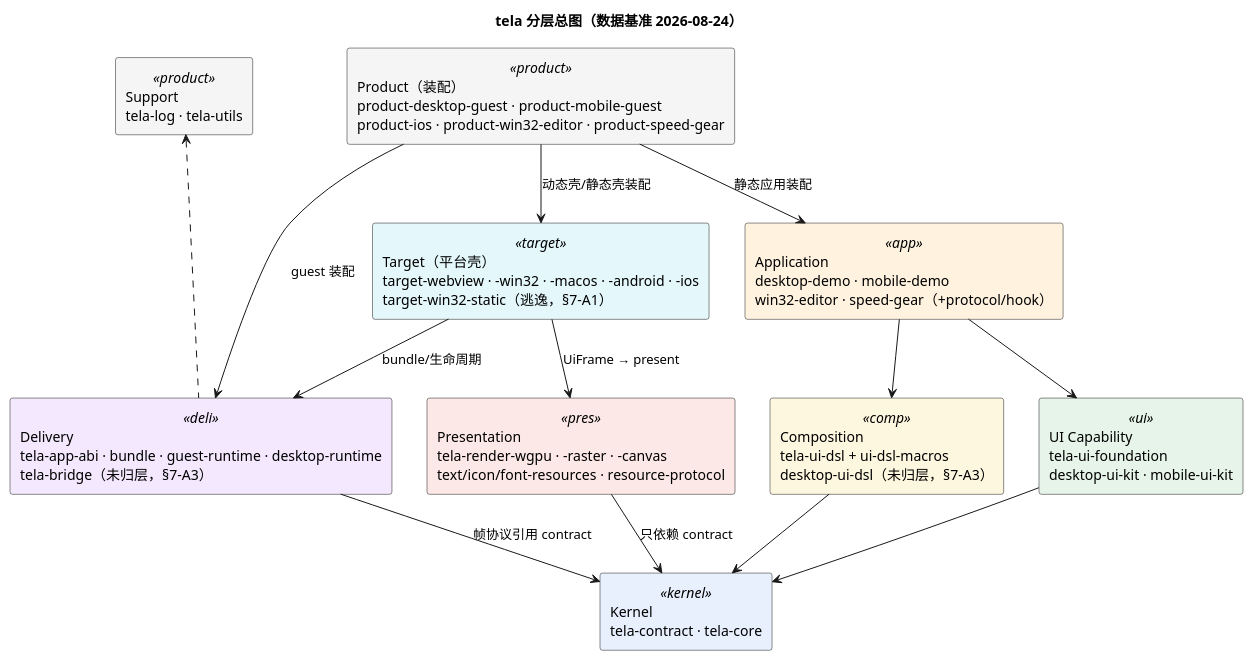
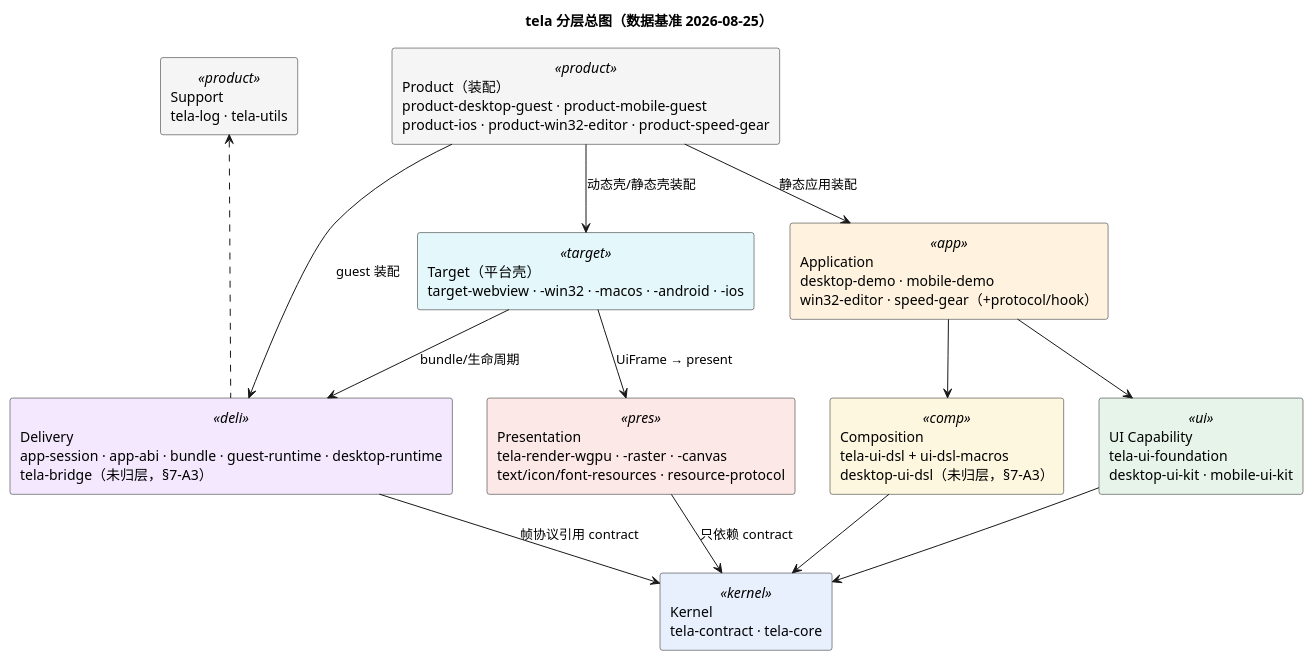
The first of 5 diagrams in docs/002-架构总览与分层.md (nyml2003/tela), drawn with PlantUML before and after one commit. The commit also changed other lines of this file and 61 other files, not shown here.

Commit message:
Extract session protocol into app-session and app-runtime crates

````diff
--- a/docs/002-架构总览与分层.md
+++ b/docs/002-架构总览与分层.md
@@ -43,38 +44,38 @@
 ```plantuml
 @startuml{002-layers}
-title tela 分层总图（数据基准 2026-08-24）
+title tela 分层总图（数据基准 2026-08-25）
 skinparam shadowing false
 skinparam rectangle {
   BackgroundColor<<kernel>> #E8F0FE
   BackgroundColor<<ui>> #E6F4EA
   BackgroundColor<<comp>> #FEF7E0
   BackgroundColor<<pres>> #FCE8E6
   BackgroundColor<<deli>> #F3E8FD
   BackgroundColor<<target>> #E4F7FB
   BackgroundColor<<app>> #FFF3E0
   BackgroundColor<<product>> #F5F5F5
 }
 rectangle "Product（装配）\nproduct-desktop-guest · product-mobile-guest\nproduct-ios · product-win32-editor · product-speed-gear" <<product>> as P
-rectangle "Target（平台壳）\ntarget-webview · -win32 · -macos · -android · -ios\ntarget-win32-static（逃逸，§7-A1）" <<target>> as T
-rectangle "Delivery\ntela-app-abi · bundle · guest-runtime · desktop-runtime\ntela-bridge（未归层，§7-A3）" <<deli>> as D
+rectangle "Target（平台壳）\ntarget-webview · -win32 · -macos · -android · -ios" <<target>> as T
+rectangle "Delivery\napp-session · app-abi · bundle · guest-runtime · desktop-runtime\ntela-bridge（未归层，§7-A3）" <<deli>> as D
 rectangle "Composition\ntela-ui-dsl + ui-dsl-macros\ndesktop-ui-dsl（未归层，§7-A3）" <<comp>> as C
 rectangle "UI Capability\ntela-ui-foundation\ndesktop-ui-kit · mobile-ui-kit" <<ui>> as U
 rectangle "Presentation\ntela-render-wgpu · -raster · -canvas\ntext/icon/font-resources · resource-protocol" <<pres>> as R
 rectangle "Kernel\ntela-contract · tela-core" <<kernel>> as K
 rectangle "Application\ndesktop-demo · mobile-demo\nwin32-editor · speed-gear（+protocol/hook）" <<app>> as A
 rectangle "Support\ntela-log · tela-utils" <<product>> as S
 
 P --> T : 动态壳/静态壳装配
 P --> A : 静态应用装配
 P --> D : guest 装配
 T --> D : bundle/生命周期
 T --> R : UiFrame → present
 D --> K : 帧协议引用 contract
 A --> U
 A --> C
 U --> K
 C --> K
 R --> K : 只依赖 contract
 S <-.. D
 @enduml
 ```
````
